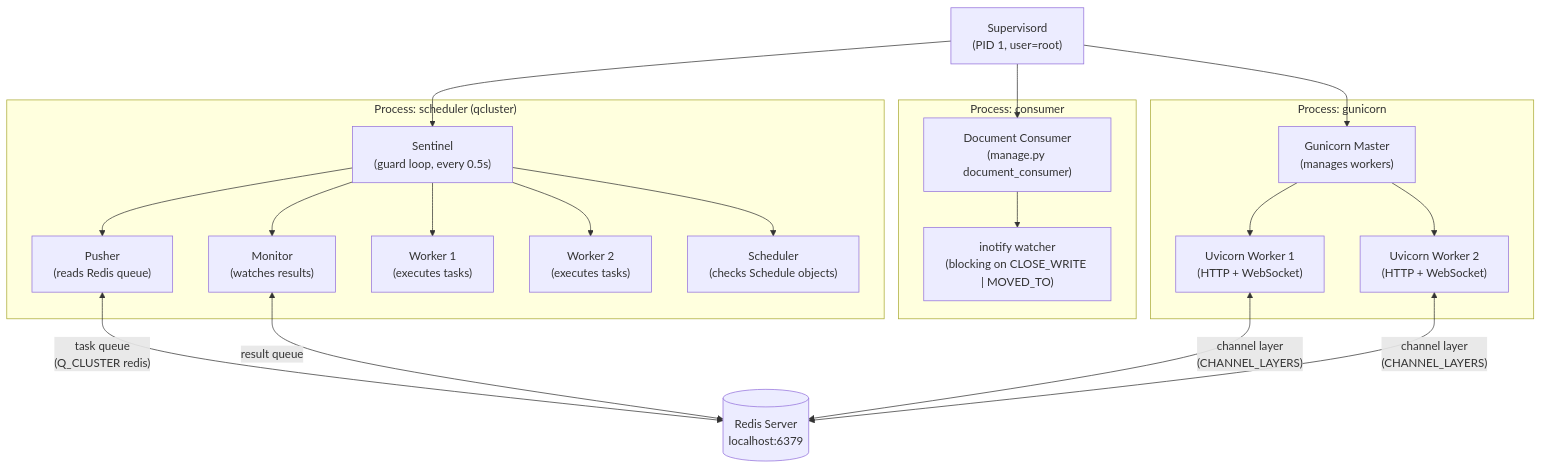
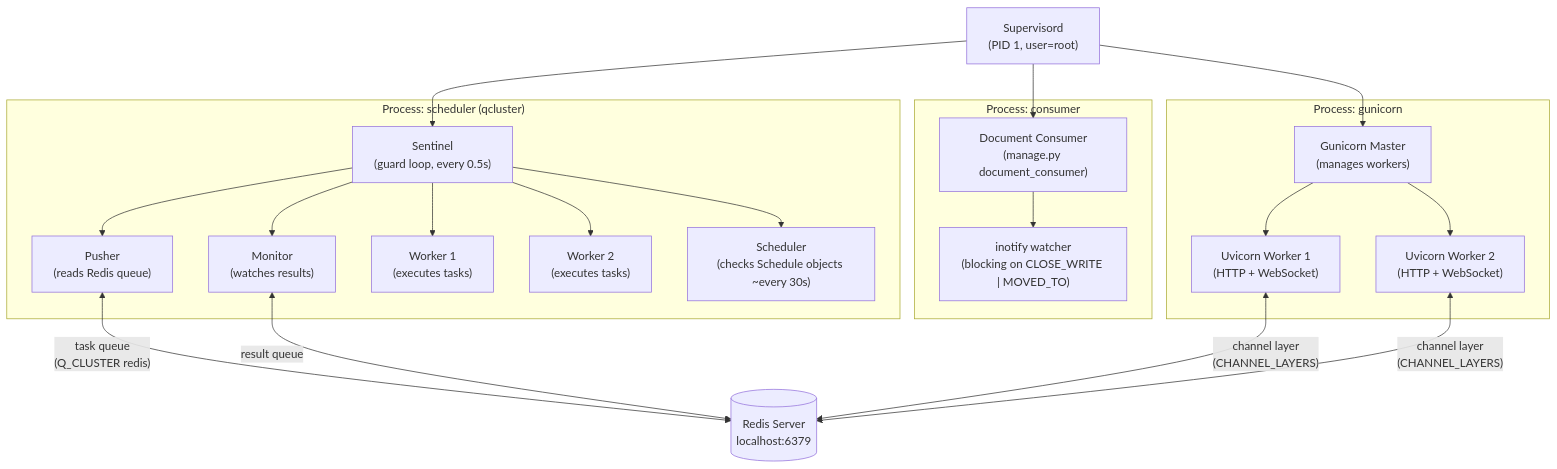
The first of 4 diagrams in blitzy/documentation/paperless-ngx_542221a38dff.md (blitzy-research/paperless-ngx), drawn with Mermaid before and after one commit. The commit also changed other lines of this file, not shown here.

````diff
--- a/blitzy/documentation/paperless-ngx_542221a38dff.md
+++ b/blitzy/documentation/paperless-ngx_542221a38dff.md
@@ -94,43 +99,43 @@
 ```mermaid
 graph TD
     SUPER["Supervisord<br/>(PID 1, user=root)"]
 
     subgraph "Process: gunicorn"
         GM["Gunicorn Master<br/>(manages workers)"]
         UW1["Uvicorn Worker 1<br/>(HTTP + WebSocket)"]
         UW2["Uvicorn Worker 2<br/>(HTTP + WebSocket)"]
         GM --> UW1
         GM --> UW2
     end
 
     subgraph "Process: consumer"
         DC["Document Consumer<br/>(manage.py document_consumer)"]
         IN["inotify watcher<br/>(blocking on CLOSE_WRITE | MOVED_TO)"]
         DC --> IN
     end
 
     subgraph "Process: scheduler (qcluster)"
         SENT["Sentinel<br/>(guard loop, every 0.5s)"]
         PUSH["Pusher<br/>(reads Redis queue)"]
         MON["Monitor<br/>(watches results)"]
         W1["Worker 1<br/>(executes tasks)"]
         W2["Worker 2<br/>(executes tasks)"]
-        SCHED["Scheduler<br/>(checks Schedule objects)"]
+        SCHED["Scheduler<br/>(checks Schedule objects ~every 30s)"]
         SENT --> PUSH
         SENT --> MON
         SENT --> W1
         SENT --> W2
         SENT --> SCHED
     end
 
     REDIS[("Redis Server<br/>localhost:6379")]
 
     SUPER --> GM
     SUPER --> DC
     SUPER --> SENT
 
     PUSH <-->|"task queue<br/>(Q_CLUSTER redis)"| REDIS
     MON <-->|"result queue"| REDIS
     UW1 <-->|"channel layer<br/>(CHANNEL_LAYERS)"| REDIS
     UW2 <-->|"channel layer<br/>(CHANNEL_LAYERS)"| REDIS
 ```
````
